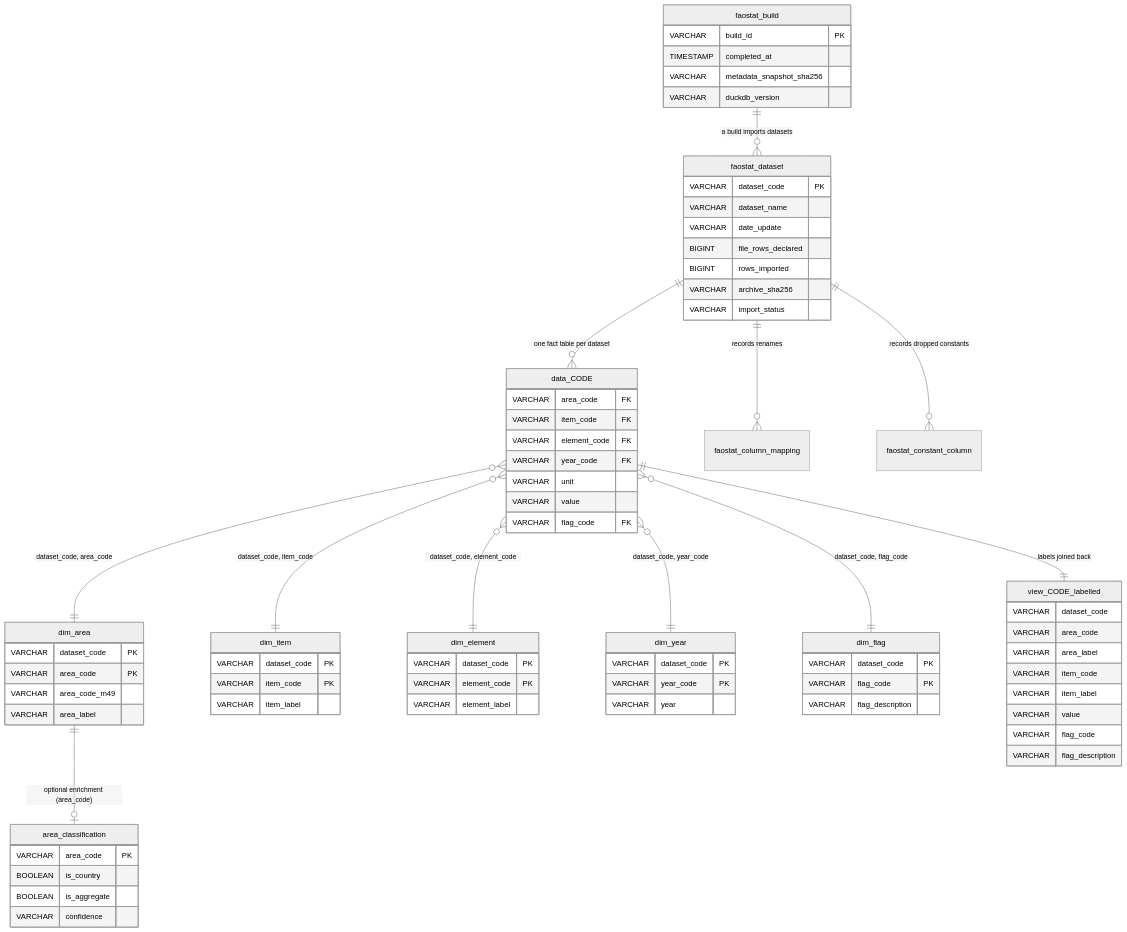
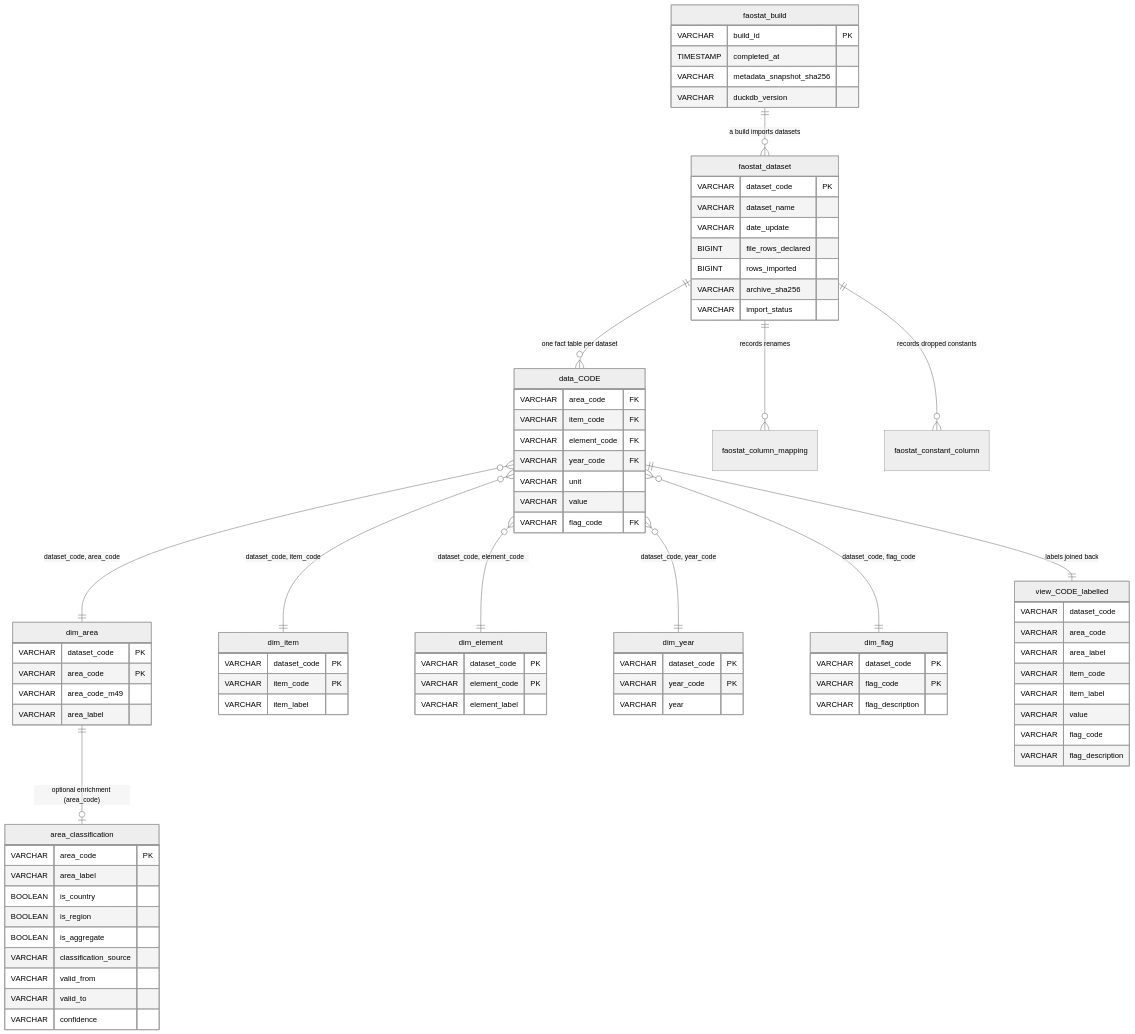
Before and after one commit to clara-roch/faostat-in-duckdb: the diagram in README.md, drawn with Mermaid (neutral theme). The commit also changed other lines of this file and 12 other files, not shown here.

````diff
--- a/README.md
+++ b/README.md
@@ -402,8 +436,13 @@
     }
     area_classification {
         VARCHAR area_code PK
+        VARCHAR area_label
         BOOLEAN is_country
+        BOOLEAN is_region
         BOOLEAN is_aggregate
+        VARCHAR classification_source
+        VARCHAR valid_from
+        VARCHAR valid_to
         VARCHAR confidence
     }
 ```
````
